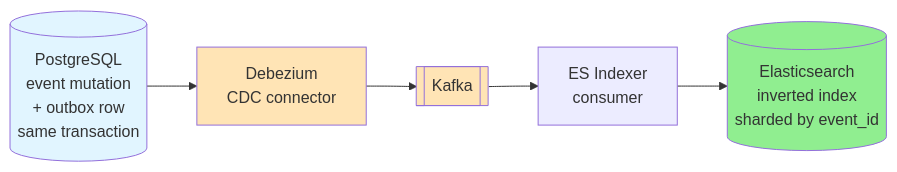
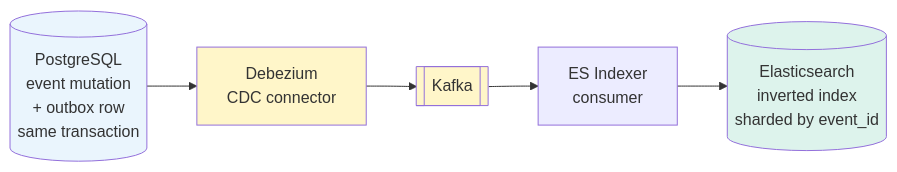
Before and after one commit to cartmancodes/InterviewVault: the sixth of 7 diagrams in LLD/questions/Design Ticketmaster.md, drawn with Mermaid. The commit also changed other lines of this file and 679 other files, not shown here.

Commit message:
Unify content diagrams and add accessible visual walkthroughs

````diff
--- a/LLD/questions/Design Ticketmaster.md
+++ b/LLD/questions/Design Ticketmaster.md
@@ -368,15 +368,15 @@
 ```mermaid
 graph LR
     PG[(PostgreSQL<br/>event mutation<br/>+ outbox row<br/>same transaction)]
     DBZ[Debezium<br/>CDC connector]
     K[[Kafka]]
     IDX[ES Indexer<br/>consumer]
     ES[(Elasticsearch<br/>inverted index<br/>sharded by event_id)]
 
     PG --> DBZ --> K --> IDX --> ES
 
-    style PG fill:#e1f5ff
-    style DBZ fill:#FFE4B5
-    style K fill:#FFE4B5
-    style ES fill:#90EE90
+    style PG fill:#EAF5FD
+    style DBZ fill:#FFF6C9
+    style K fill:#FFF6C9
+    style ES fill:#DDF3EC
 ```
````
